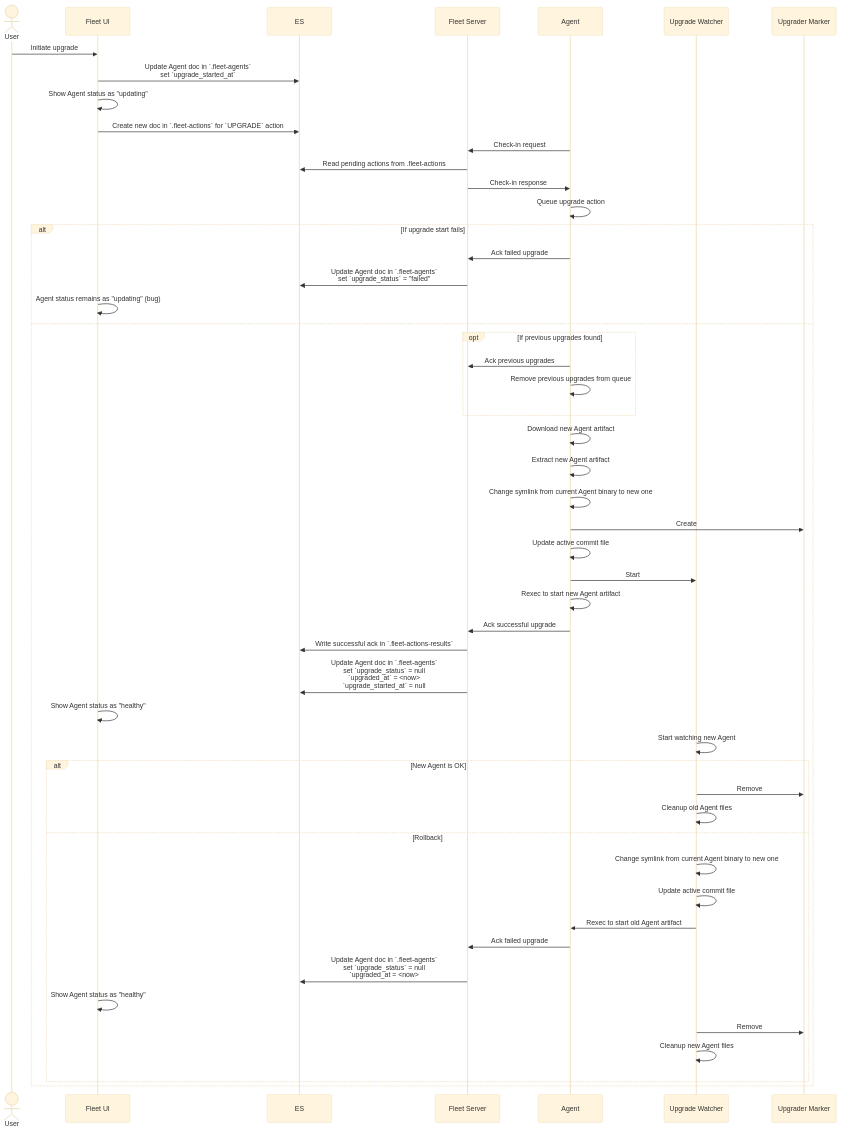
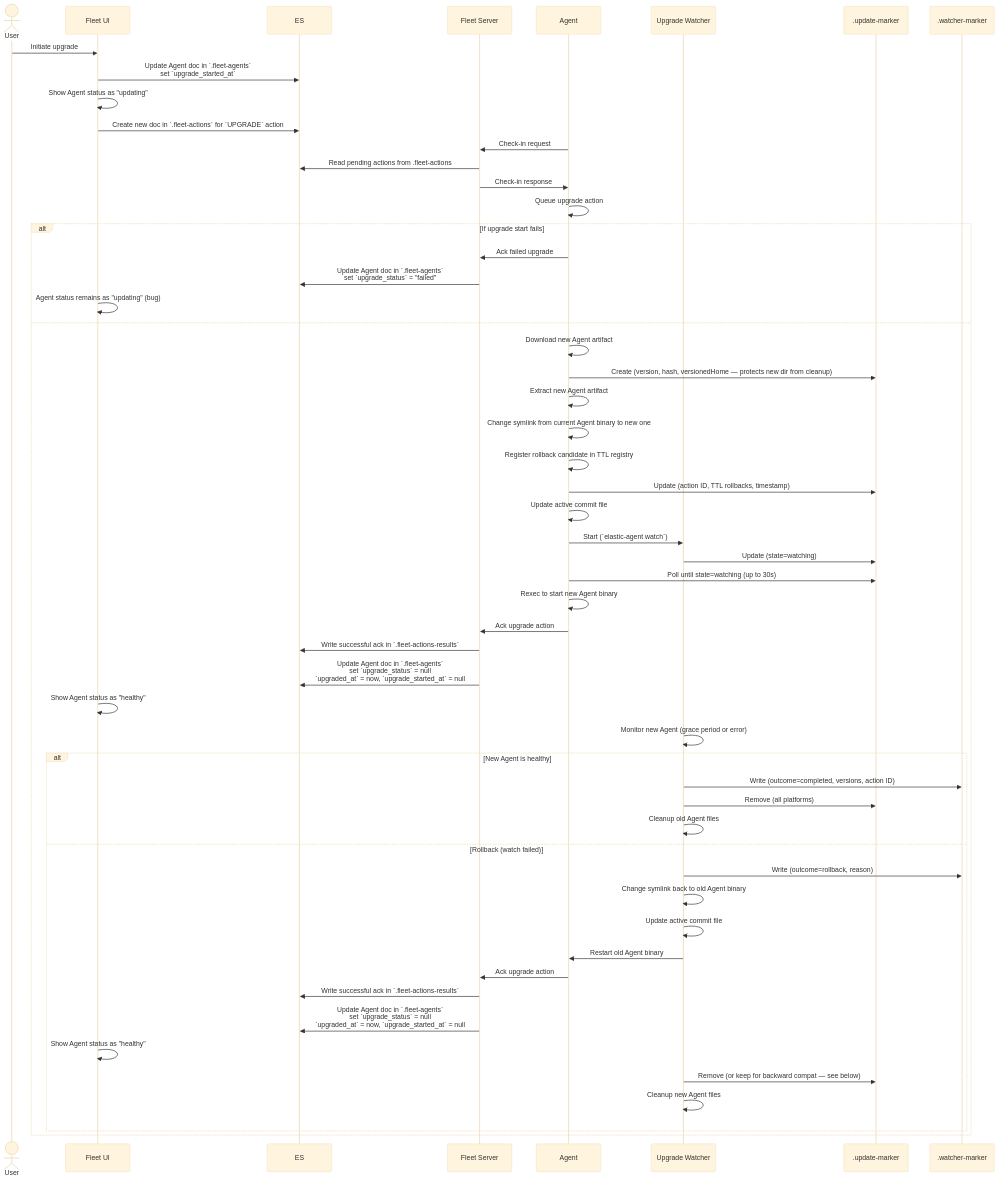
The diagram in docs/upgrades.md (elastic/elastic-agent), drawn with Mermaid (base theme) before and after one commit. The commit also changed other lines of this file, not shown here.

Commit message:
docs: update upgrades.md to reflect two-file marker architecture

````diff
--- a/docs/upgrades.md
+++ b/docs/upgrades.md
@@ -10,54 +8,58 @@
 ```mermaid
 sequenceDiagram
     actor U as User
     participant UI as Fleet UI
     participant ES
     participant FS as Fleet Server
     participant A as Agent
     participant UW as Upgrade Watcher
-    participant UM as Upgrader Marker
+    participant UM as .update-marker
+    participant WM as .watcher-marker
 
     U->>UI: Initiate upgrade
     UI->>ES: Update Agent doc in `.fleet-agents`<br />set `upgrade_started_at`
     UI->>UI: Show Agent status as "updating"
     UI->>ES: Create new doc in `.fleet-actions` for `UPGRADE` action
     A->>FS: Check-in request
     FS->>ES: Read pending actions from .fleet-actions
     FS->>A: Check-in response
     A->>A: Queue upgrade action
     alt If upgrade start fails
        A->>FS: Ack failed upgrade
        FS->>ES: Update Agent doc in `.fleet-agents`<br />set `upgrade_status` = "failed"
        UI->>UI: Agent status remains as "updating" (bug)
     else
-       opt If previous upgrades found
-          A->>FS: Ack previous upgrades
-          A->>A: Remove previous upgrades from queue
-       end
        A->>A: Download new Agent artifact
+       A->>UM: Create (version, hash, versionedHome — protects new dir from cleanup)
        A->>A: Extract new Agent artifact
        A->>A: Change symlink from current Agent binary to new one
-       A->>UM: Create
+       A->>A: Register rollback candidate in TTL registry
+       A->>UM: Update (action ID, TTL rollbacks, timestamp)
        A->>A: Update active commit file
-       A->>UW: Start
-       A->>A: Rexec to start new Agent artifact
-       A->>FS: Ack successful upgrade
+       A->>UW: Start (`elastic-agent watch`)
+       UW->>UM: Update (state=watching)
+       A->>UM: Poll until state=watching (up to 30s)
+       A->>A: Rexec to start new Agent binary
+       A->>FS: Ack upgrade action
        FS->>ES: Write successful ack in `.fleet-actions-results`
-       FS->>ES: Update Agent doc in `.fleet-agents`<br />set `upgrade_status` = null<br />`upgraded_at` = <now><br />`upgrade_started_at` = null
+       FS->>ES: Update Agent doc in `.fleet-agents`<br />set `upgrade_status` = null<br />`upgraded_at` = now, `upgrade_started_at` = null
        UI->>UI: Show Agent status as "healthy"
-       UW->>UW: Start watching new Agent
-       alt New Agent is OK
-         UW->>UM: Remove
+       UW->>UW: Monitor new Agent (grace period or error)
+       alt New Agent is healthy
+         UW->>WM: Write (outcome=completed, versions, action ID)
+         UW->>UM: Remove (all platforms)
          UW->>UW: Cleanup old Agent files
-       else Rollback
-         UW->>UW: Change symlink from current Agent binary to new one
+       else Rollback (watch failed)
+         UW->>WM: Write (outcome=rollback, reason)
+         UW->>UW: Change symlink back to old Agent binary
          UW->>UW: Update active commit file
-         UW->>A: Rexec to start old Agent artifact
-         A->>FS: Ack failed upgrade
-         FS->>ES: Update Agent doc in `.fleet-agents`<br />set `upgrade_status` = null<br />`upgraded_at = <now>
+         UW->>A: Restart old Agent binary
+         A->>FS: Ack upgrade action
+         FS->>ES: Write successful ack in `.fleet-actions-results`
+         FS->>ES: Update Agent doc in `.fleet-agents`<br />set `upgrade_status` = null<br />`upgraded_at` = now, `upgrade_started_at` = null
          UI->>UI: Show Agent status as "healthy"
-         UW->>UM: Remove
+         UW->>UM: Remove (or keep for backward compat — see below)
          UW->>UW: Cleanup new Agent files
        end
     end
 ```
````
